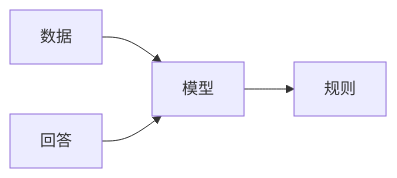
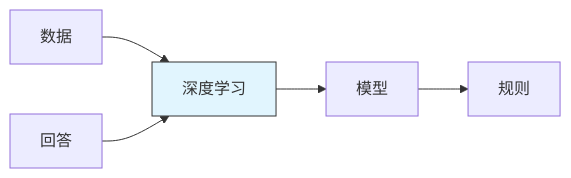
One commit to Aquietzero/nullspace changed the second of 6 diagrams in source/_posts/computer/AI学习/强化学习初步.md. Above: the diagram before and after it, drawn with Mermaid. The commit also changed other lines of this file, not shown here.

````diff
--- a/source/_posts/computer/AI学习/强化学习初步.md
+++ b/source/_posts/computer/AI学习/强化学习初步.md
@@ -78,6 +78,10 @@
 ```mermaid
 graph LR
-    Data[数据] --> Model[模型]
-    Answer[回答] --> Model
+    Data[数据] --> DL[深度学习]
+    Answer[回答] --> DL
+    DL --> Model[模型]
     Model --> Rules[规则]
+
+    %% 样式设置
+    style DL fill:#e1f5fe,stroke:#333
 ```
````
